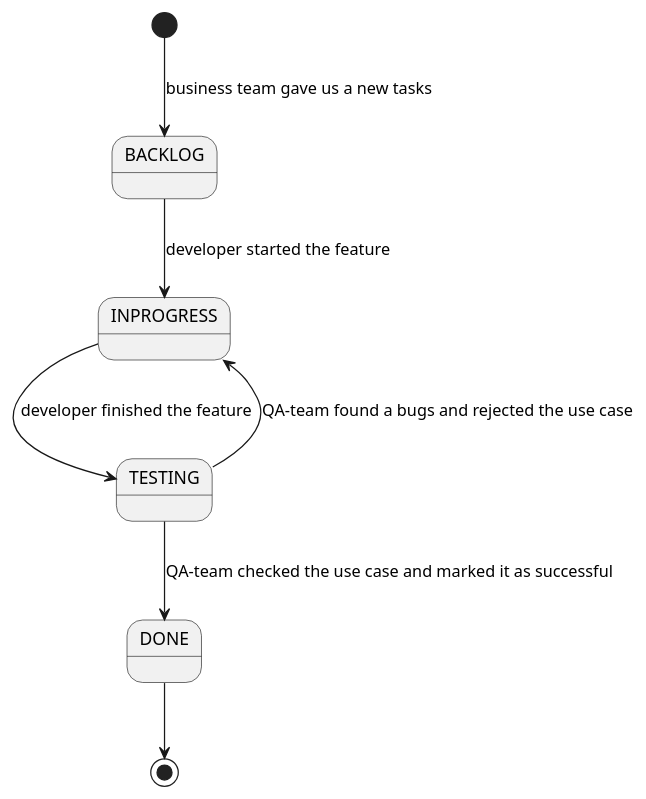
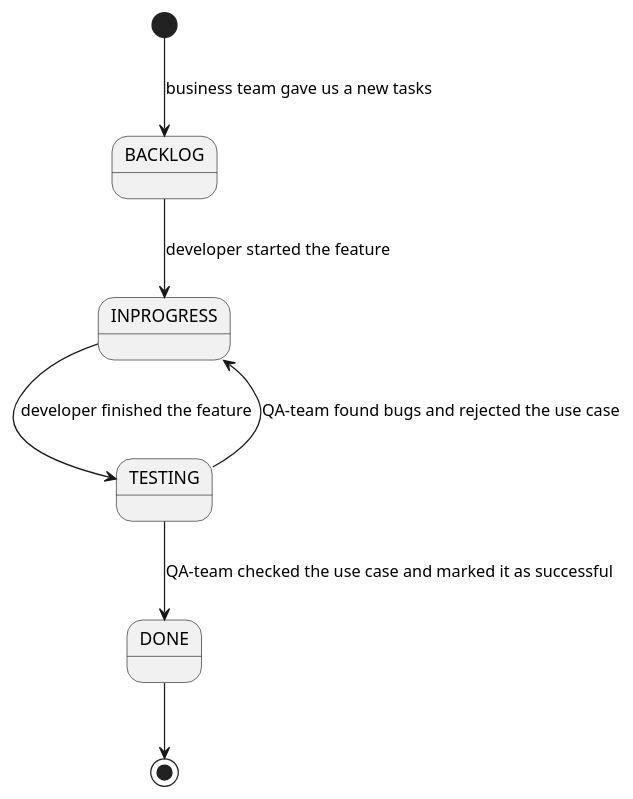
One commit to antkorwin/antkorwin.github.io changed the first of 3 diagrams in statemachine/statemachine.adoc. Above: the diagram before and after it, drawn with PlantUML. The commit also changed other lines of this file and 7 other files, not shown here.

```diff
--- a/statemachine/statemachine.adoc
+++ b/statemachine/statemachine.adoc
@@ -35,9 +35,9 @@
 [plantuml]
 ....
 [*] --> BACKLOG : business team gave us a new tasks
 BACKLOG --> INPROGRESS : developer started the feature
 INPROGRESS --> TESTING : developer finished the feature
 TESTING -->DONE : QA-team checked the use case and marked it as successful
-TESTING --> INPROGRESS : QA-team found a bugs and rejected the use case
+TESTING --> INPROGRESS : QA-team found bugs and rejected the use case
 DONE --> [*]
 ....
```
